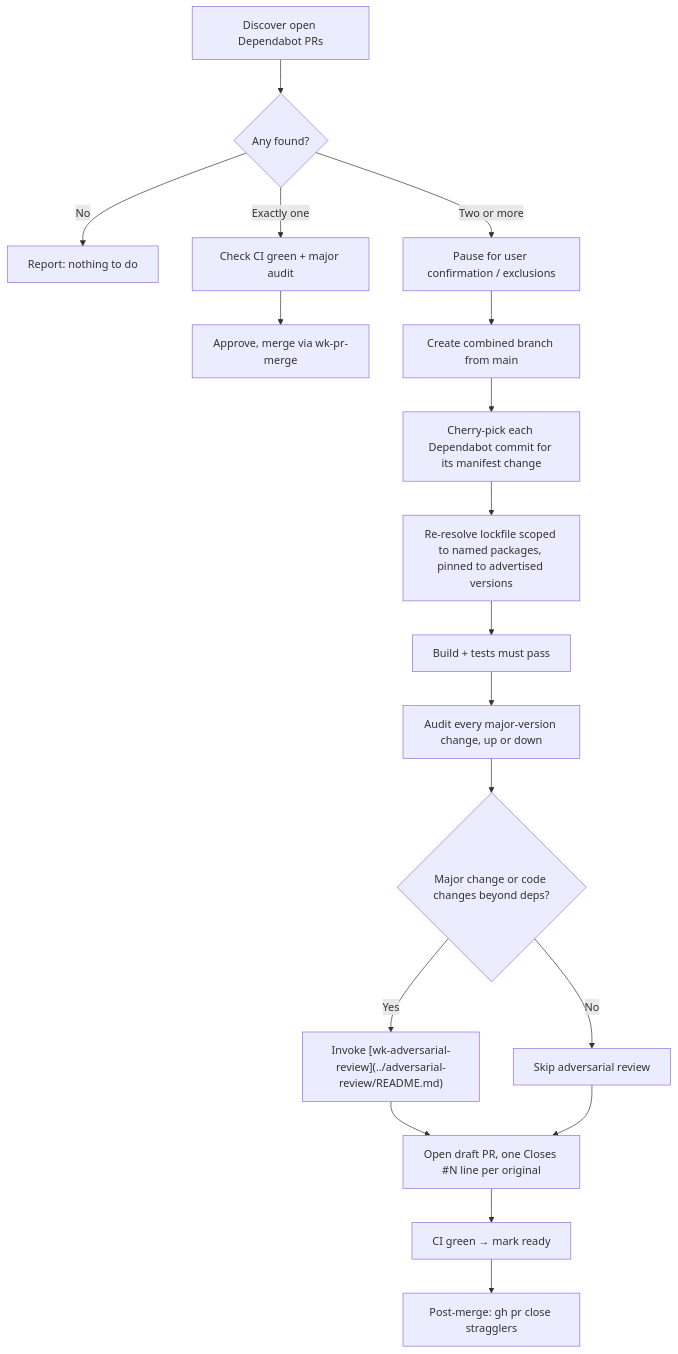
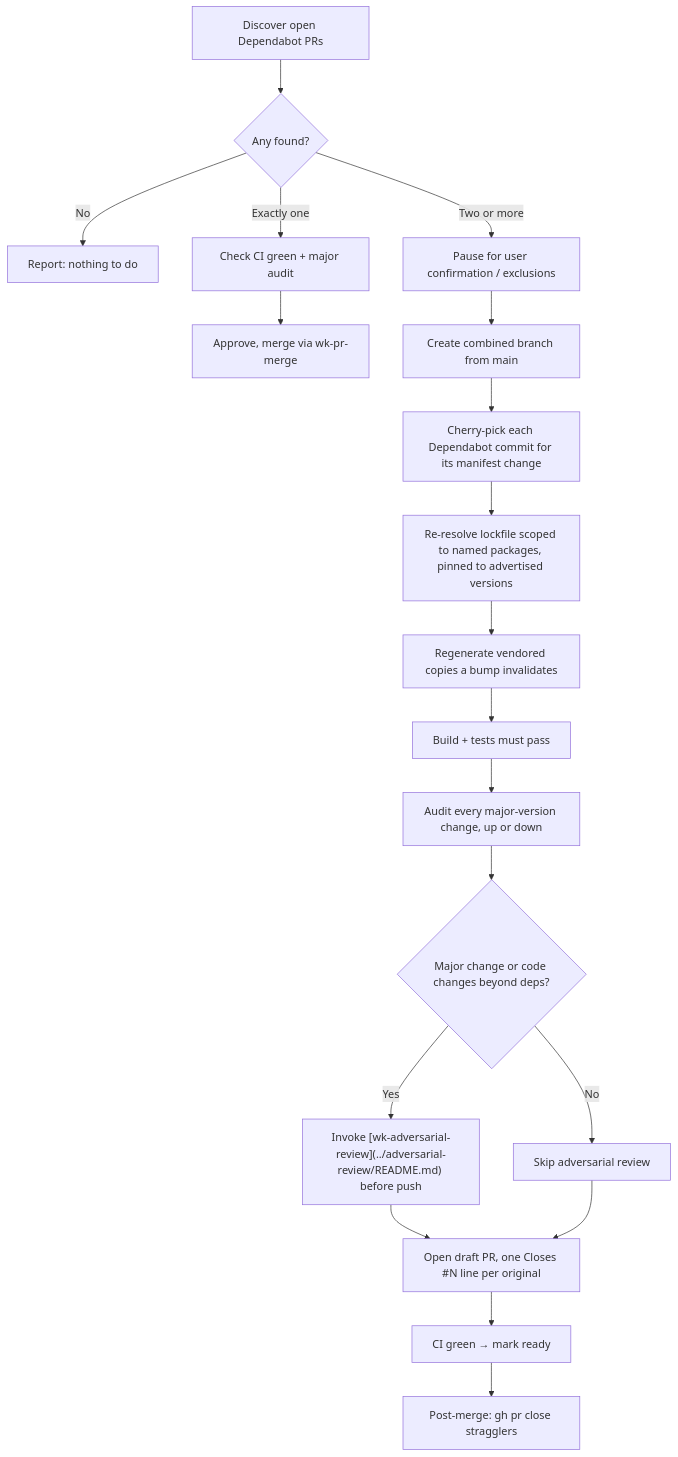
The diagram in skills/renovate/README.md (whizzzkid/skills), drawn with Mermaid before and after one commit. The commit also changed other lines of this file and 10 other files, not shown here.

First line of the commit message:
feat(renovate): 🛡️ run the major-change review before push and regenerate invalidated vendored copies

````diff
--- a/skills/renovate/README.md
+++ b/skills/renovate/README.md
@@ -25,20 +25,21 @@
 ```mermaid
 flowchart TD
     A[Discover open Dependabot PRs] --> B{Any found?}
     B -- No --> Z[Report: nothing to do]
     B -- Exactly one --> S1[Check CI green + major audit]
     S1 --> S2[Approve, merge via wk-pr-merge]
     B -- Two or more --> B2[Pause for user confirmation / exclusions]
     B2 --> C[Create combined branch from main]
     C --> D[Cherry-pick each Dependabot commit for its manifest change]
     D --> F[Re-resolve lockfile scoped to named packages, pinned to advertised versions]
-    F --> G[Build + tests must pass]
+    F --> V[Regenerate vendored copies a bump invalidates]
+    V --> G[Build + tests must pass]
     G --> G2[Audit every major-version change, up or down]
     G2 --> H{Major change or code changes beyond deps?}
-    H -- Yes --> I["Invoke [wk-adversarial-review](../adversarial-review/README.md)"]
+    H -- Yes --> I["Invoke [wk-adversarial-review](../adversarial-review/README.md) before push"]
     H -- No --> J[Skip adversarial review]
     I --> K[Open draft PR, one Closes #N line per original]
     J --> K
     K --> K2[CI green → mark ready]
     K2 --> L[Post-merge: gh pr close stragglers]
 ```
````
